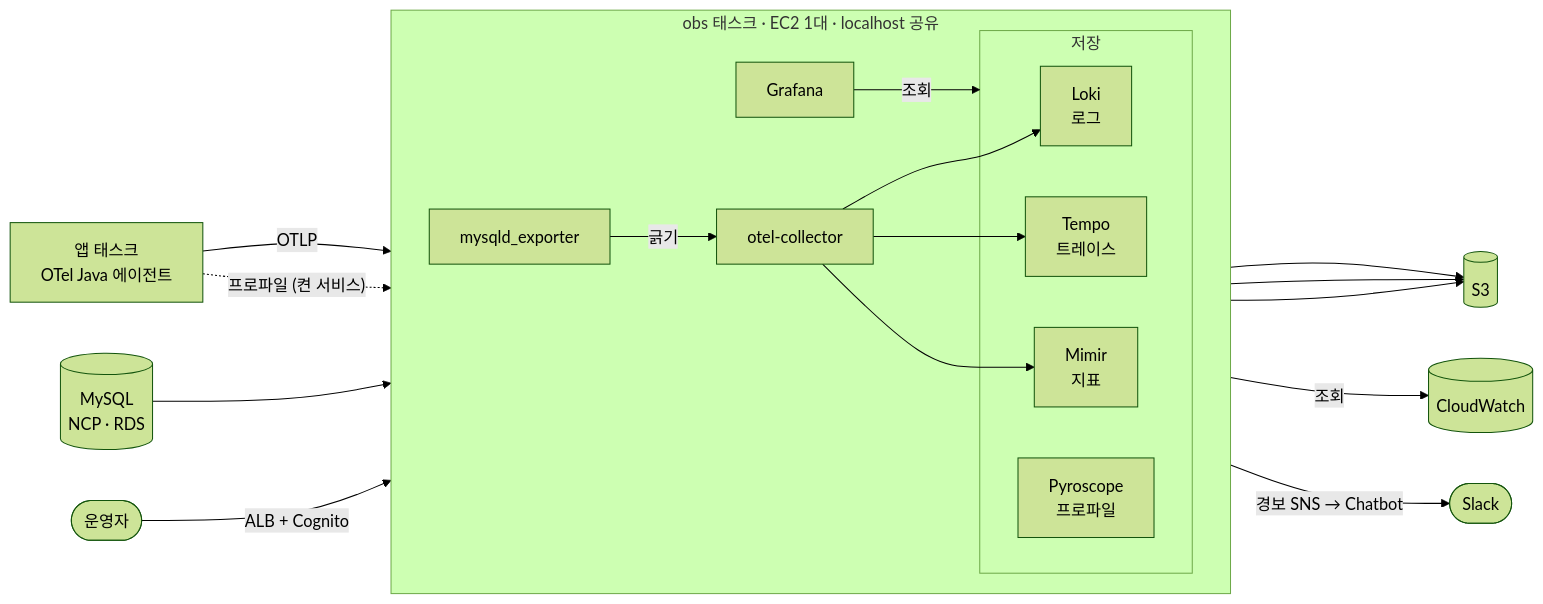
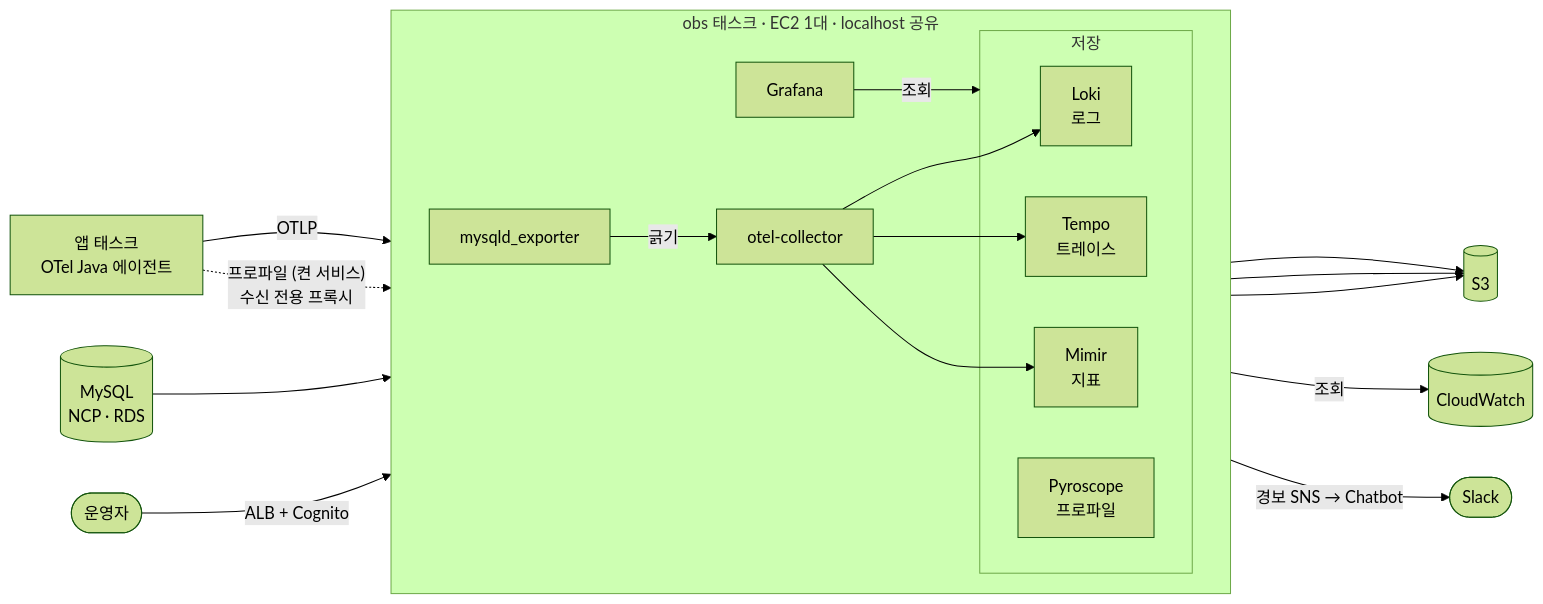
One commit to Grandis-2/nova-infra changed the first of 4 diagrams in terraform/aws/monitoring/lgtm/nova_apnortheast2/config/README.md. Above: the diagram before and after it, drawn with Mermaid (forest theme). The commit also changed other lines of this file and 5 other files, not shown here.

````diff
--- a/terraform/aws/monitoring/lgtm/nova_apnortheast2/config/README.md
+++ b/terraform/aws/monitoring/lgtm/nova_apnortheast2/config/README.md
@@ -19,34 +19,34 @@
 ```mermaid
 flowchart LR
   app["앱 태스크<br/>OTel Java 에이전트"]
   ncp[("MySQL<br/>NCP · RDS")]
   user(["운영자"])
 
   subgraph obs["obs 태스크 · EC2 1대 · localhost 공유"]
     direction LR
     exp["mysqld_exporter"]
     col["otel-collector"]
     subgraph store["저장"]
       loki["Loki<br/>로그"]
       tempo["Tempo<br/>트레이스"]
       mimir["Mimir<br/>지표"]
       pyro["Pyroscope<br/>프로파일"]
     end
     graf["Grafana"]
   end
 
   s3[("S3")]
   cw[("CloudWatch")]
   slack(["Slack"])
 
   app -- "OTLP" --> col
-  app -. "프로파일 (켠 서비스)" .-> pyro
+  app -. "프로파일 (켠 서비스)<br/>수신 전용 프록시" .-> pyro
   exp -- "긁기" --> col
   ncp --> exp
   col --> loki & tempo & mimir
   loki & tempo & mimir --> s3
   graf -- "조회" --> store
   graf -- "조회" --> cw
   graf -- "경보 SNS → Chatbot" --> slack
   user -- "ALB + Cognito" --> graf
 ```
````
